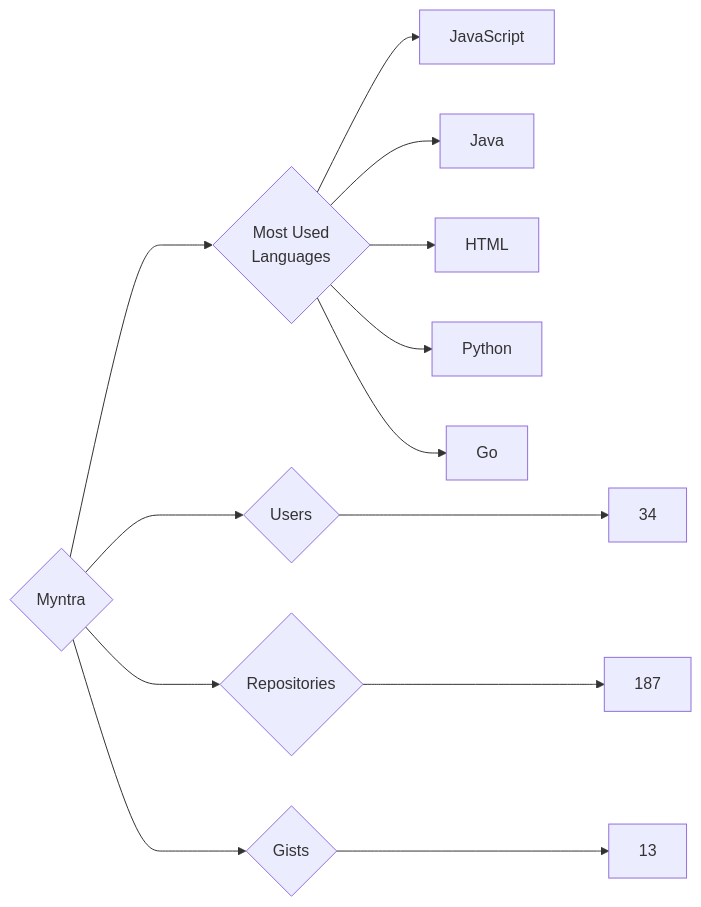
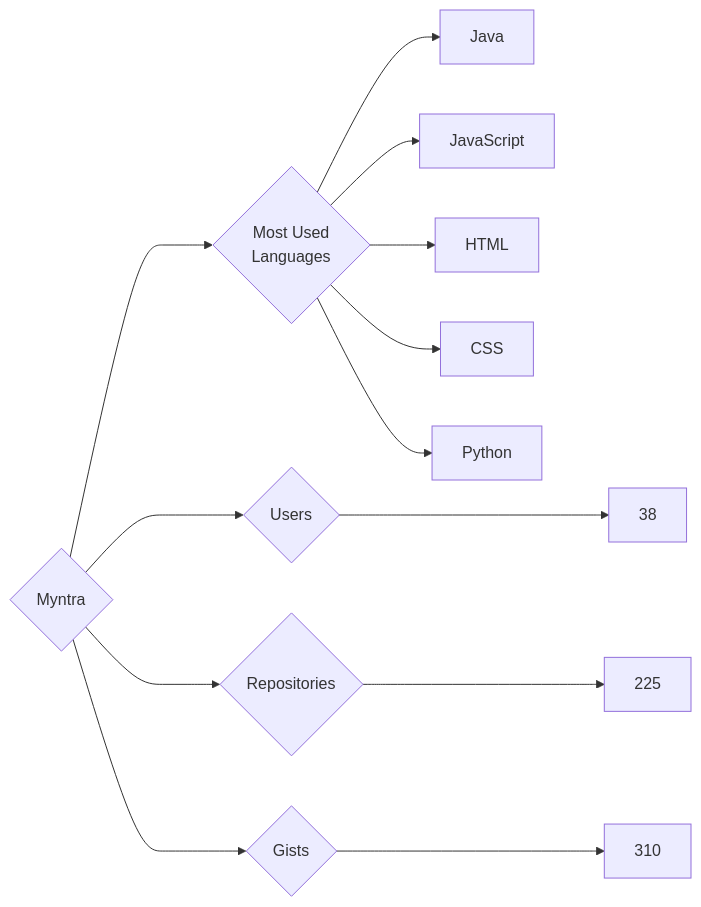
One commit to trickest/insiders changed the diagram in targets/Myntra/README.md. Above: the diagram before and after it, drawn with Mermaid. The commit also changed 928 other files, not shown here.

````diff
--- a/targets/Myntra/README.md
+++ b/targets/Myntra/README.md
@@ -3,13 +3,13 @@
 ```mermaid
 graph LR
 COMPANY_NAME{Myntra}
-COMPANY_NAME ---> U{Users} ---> UN[34]
-COMPANY_NAME ---> R{Repositories} ---> RN[187]
-COMPANY_NAME ---> G{Gists} ---> GN[13]
+COMPANY_NAME ---> U{Users} ---> UN[38]
+COMPANY_NAME ---> R{Repositories} ---> RN[225]
+COMPANY_NAME ---> G{Gists} ---> GN[310]
 COMPANY_NAME ---> ML{Most Used<br>Languages}
+ML --> Java[Java]
 ML --> JavaScript[JavaScript]
-ML --> Java[Java]
 ML --> HTML[HTML]
+ML --> CSS[CSS]
 ML --> Python[Python]
-ML --> Go[Go]
 ```
````
